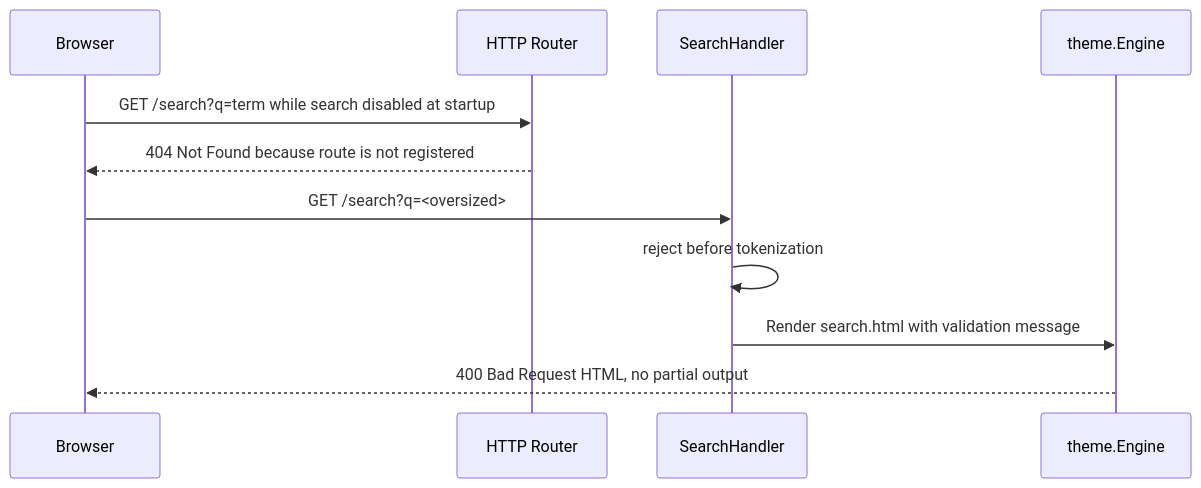
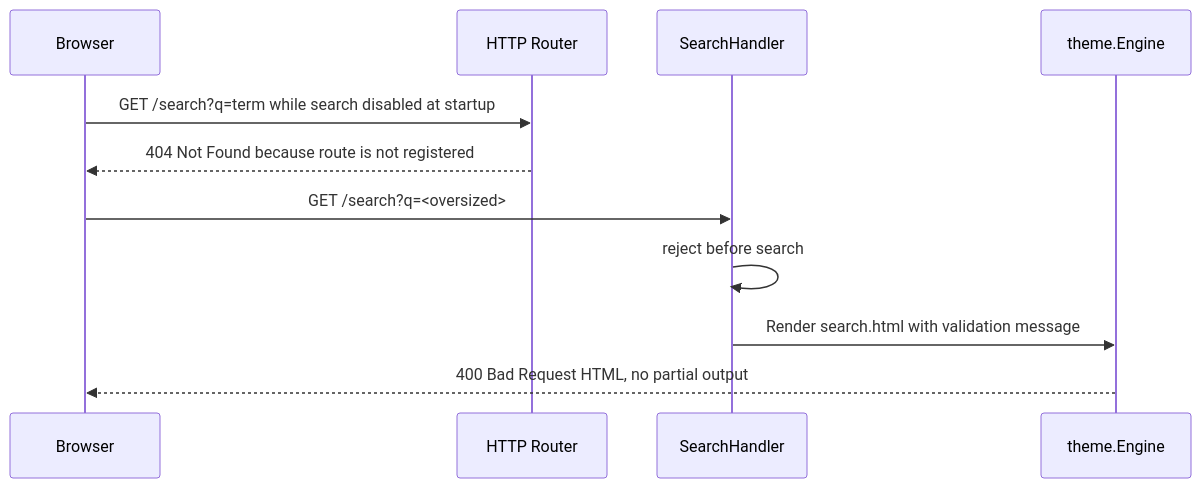
One commit to khaines/blogflow changed the third of 4 diagrams in docs/engineering/design/001-full-text-search.md. Above: the diagram before and after it, drawn with Mermaid. The commit also changed other lines of this file, not shown here.

Commit message:
docs(design): resolve full-text-search spec determinism gaps (#129)

````diff
--- a/docs/engineering/design/001-full-text-search.md
+++ b/docs/engineering/design/001-full-text-search.md
@@ -125,15 +134,15 @@
 ```mermaid
 sequenceDiagram
     participant Client as Browser
     participant Router as HTTP Router
     participant Handler as SearchHandler
     participant Theme as theme.Engine
 
     Client->>Router: GET /search?q=term while search disabled at startup
     Router-->>Client: 404 Not Found because route is not registered
 
     Client->>Handler: GET /search?q=<oversized>
-    Handler->>Handler: reject before tokenization
+    Handler->>Handler: reject before search
     Handler->>Theme: Render search.html with validation message
     Theme-->>Client: 400 Bad Request HTML, no partial output
 ```
````
